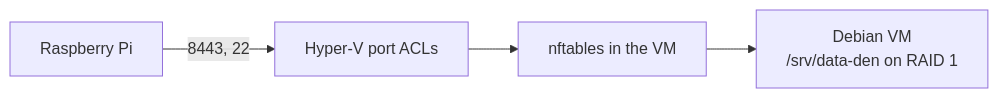
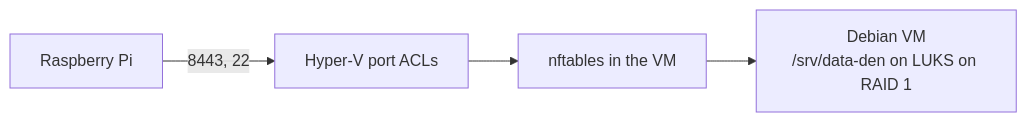
Before and after one commit to Programmer-Den/DATA-DEN: the diagram in vm/README.md, drawn with Mermaid. The commit also changed other lines of this file and 7 other files, not shown here.

````diff
--- a/vm/README.md
+++ b/vm/README.md
@@ -7,6 +8,6 @@
 ```mermaid
 flowchart LR
     pi["Raspberry Pi"] -- "8443, 22" --> acl["Hyper-V port ACLs"]
     acl --> nft["nftables in the VM"]
-    nft --> vm["Debian VM<br/>/srv/data-den on RAID 1"]
+    nft --> vm["Debian VM<br/>/srv/data-den on LUKS on RAID 1"]
 ```
````
